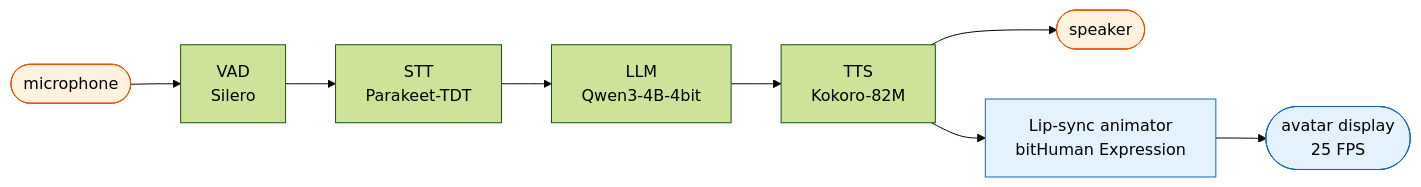
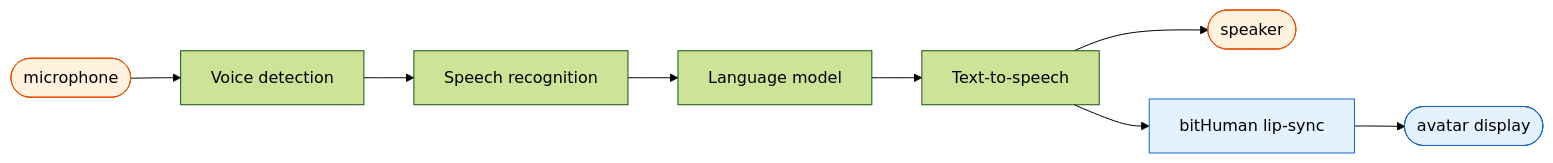
The first of 2 diagrams in bithuman-docs/examples/halo-macos.mdx (bithuman-product/bithuman-examples), drawn with Mermaid (forest theme) before and after one commit. The commit also changed other lines of this file and 1 other file, not shown here.

First line of the commit message:
docs: remove remaining internal model names and vendor references

````diff
--- a/bithuman-docs/examples/halo-macos.mdx
+++ b/bithuman-docs/examples/halo-macos.mdx
@@ -88,15 +88,15 @@
 ```mermaid
 flowchart LR
-    mic([microphone]) --> vad[VAD<br/>Silero]
-    vad --> stt[STT<br/>Parakeet-TDT]
-    stt --> llm[LLM<br/>Qwen3-4B-4bit]
-    llm --> tts[TTS<br/>Kokoro-82M]
+    mic([microphone]) --> vad[Voice detection]
+    vad --> stt[Speech recognition]
+    stt --> llm[Language model]
+    llm --> tts[Text-to-speech]
     tts --> spk([speaker])
-    tts --> anim[Lip-sync animator<br/>bitHuman Expression]
-    anim --> disp([avatar display<br/>25 FPS])
+    tts --> anim[bitHuman lip-sync]
+    anim --> disp([avatar display])
 
     style mic fill:#fff3e0,stroke:#e65100,color:#000
     style spk fill:#fff3e0,stroke:#e65100,color:#000
     style disp fill:#e3f2fd,stroke:#1565c0,color:#000
     style anim fill:#e3f2fd,stroke:#1565c0,color:#000
 ```
````
